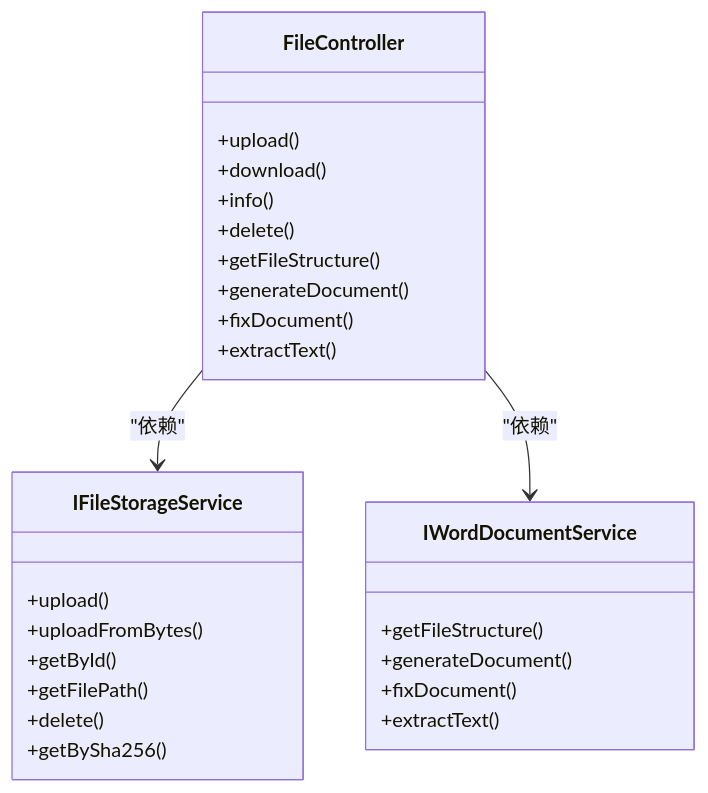
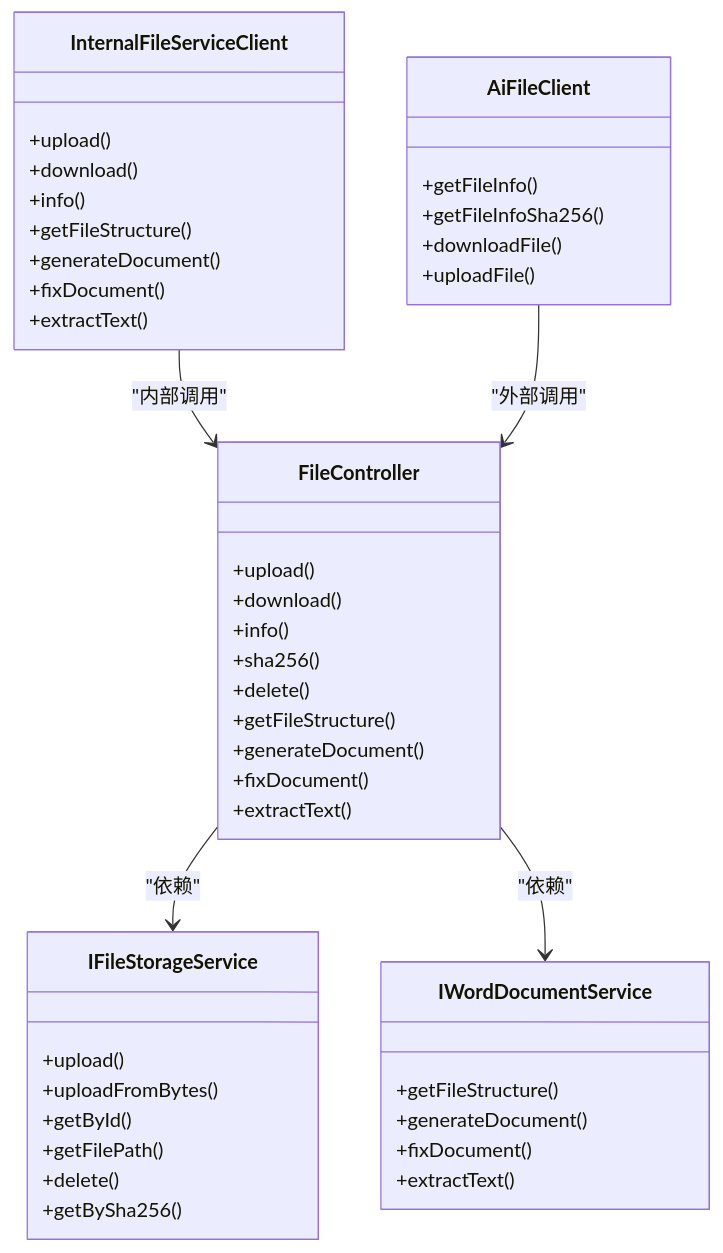
The third of 3 diagrams in .qoder/repowiki/zh/content/API接口文档/文件服务API.md (DrunkFood/First), drawn with Mermaid before and after one commit. The commit also changed other lines of this file and 93 other files, not shown here.

````diff
--- a/.qoder/repowiki/zh/content/API接口文档/文件服务API.md
+++ b/.qoder/repowiki/zh/content/API接口文档/文件服务API.md
@@ -243,29 +283,47 @@
 ```mermaid
 classDiagram
 class FileController {
 +upload()
 +download()
 +info()
++sha256()
 +delete()
 +getFileStructure()
 +generateDocument()
 +fixDocument()
 +extractText()
 }
 class IFileStorageService {
 +upload()
 +uploadFromBytes()
 +getById()
 +getFilePath()
 +delete()
 +getBySha256()
 }
 class IWordDocumentService {
 +getFileStructure()
 +generateDocument()
 +fixDocument()
 +extractText()
 }
+class InternalFileServiceClient {
++upload()
++download()
++info()
++getFileStructure()
++generateDocument()
++fixDocument()
++extractText()
+}
+class AiFileClient {
++getFileInfo()
++getFileInfoSha256()
++downloadFile()
++uploadFile()
+}
 FileController --> IFileStorageService : "依赖"
 FileController --> IWordDocumentService : "依赖"
+InternalFileServiceClient --> FileController : "内部调用"
+AiFileClient --> FileController : "外部调用"
 ```
````
